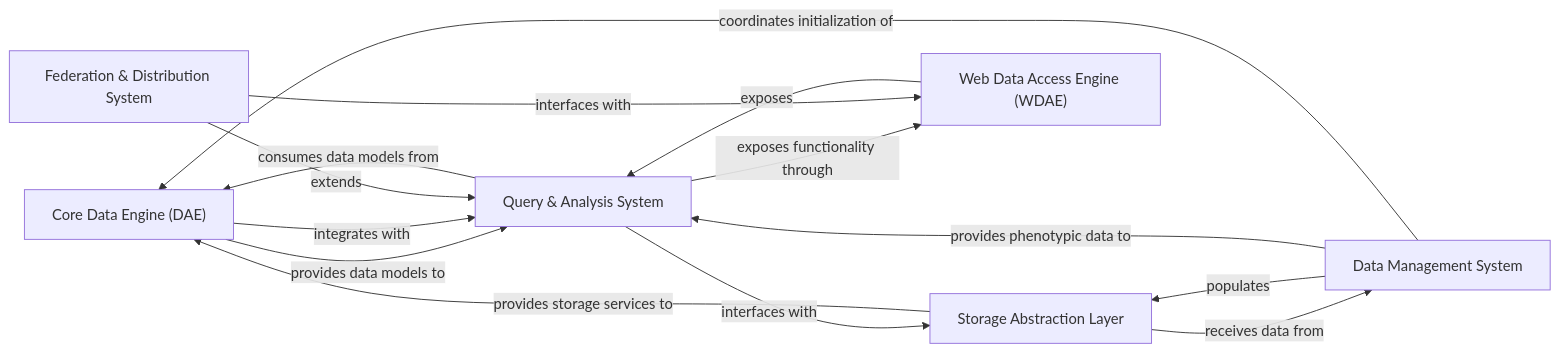
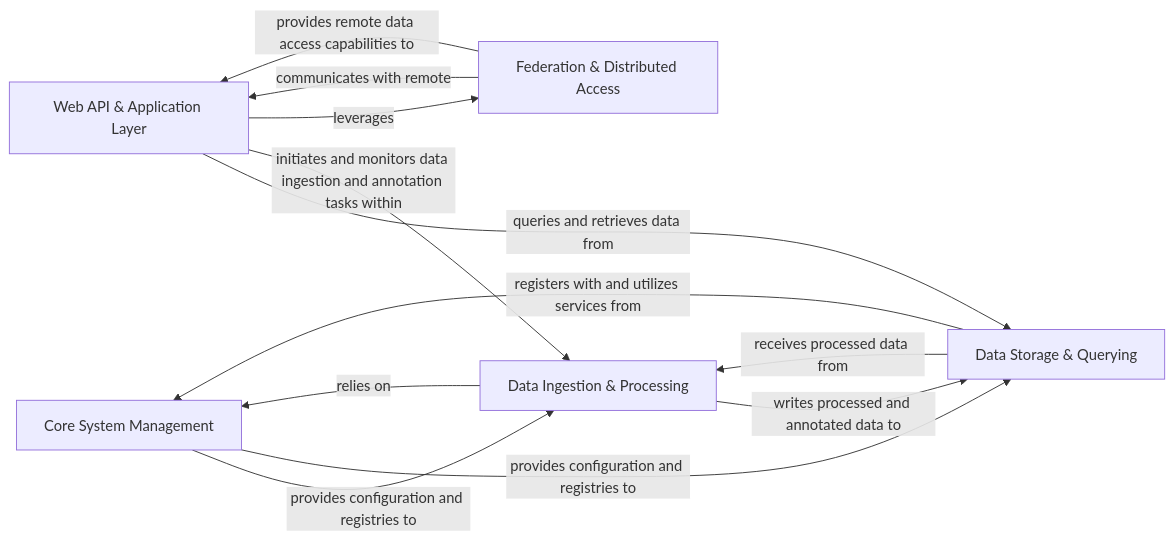
The diagram in gpf/on_boarding.md (CodeBoarding/GeneratedOnBoardings), drawn with Mermaid before and after one commit. The commit also changed other lines of this file and 4 other files, not shown here.

````diff
--- a/gpf/on_boarding.md
+++ b/gpf/on_boarding.md
@@ -1,26 +1,19 @@
 ```mermaid
 graph LR
-    Core_Data_Engine_DAE_["Core Data Engine (DAE)"]
-    Storage_Abstraction_Layer["Storage Abstraction Layer"]
-    Query_Analysis_System["Query & Analysis System"]
-    Web_Data_Access_Engine_WDAE_["Web Data Access Engine (WDAE)"]
-    Federation_Distribution_System["Federation & Distribution System"]
-    Data_Management_System["Data Management System"]
-    Core_Data_Engine_DAE_ -- "provides data models to" --> Query_Analysis_System
-    Core_Data_Engine_DAE_ -- "integrates with" --> Query_Analysis_System
-    Storage_Abstraction_Layer -- "provides storage services to" --> Core_Data_Engine_DAE_
-    Storage_Abstraction_Layer -- "receives data from" --> Data_Management_System
-    Query_Analysis_System -- "consumes data models from" --> Core_Data_Engine_DAE_
-    Query_Analysis_System -- "interfaces with" --> Storage_Abstraction_Layer
-    Query_Analysis_System -- "exposes functionality through" --> Web_Data_Access_Engine_WDAE_
-    Web_Data_Access_Engine_WDAE_ -- "exposes" --> Query_Analysis_System
-    Federation_Distribution_System -- "extends" --> Query_Analysis_System
-    Federation_Distribution_System -- "interfaces with" --> Web_Data_Access_Engine_WDAE_
-    Data_Management_System -- "populates" --> Storage_Abstraction_Layer
-    Data_Management_System -- "provides phenotypic data to" --> Query_Analysis_System
-    Data_Management_System -- "coordinates initialization of" --> Core_Data_Engine_DAE_
-    click Storage_Abstraction_Layer href "https://github.com/CodeBoarding/GeneratedOnBoardings/blob/main/gpf/Storage_Abstraction_Layer.md" "Details"
-    click Query_Analysis_System href "https://github.com/CodeBoarding/GeneratedOnBoardings/blob/main/gpf/Query_Analysis_System.md" "Details"
-    click Web_Data_Access_Engine_WDAE_ href "https://github.com/CodeBoarding/GeneratedOnBoardings/blob/main/gpf/Web_Data_Access_Engine_WDAE_.md" "Details"
-    click Federation_Distribution_System href "https://github.com/CodeBoarding/GeneratedOnBoardings/blob/main/gpf/Federation_Distribution_System.md" "Details"
+    Core_System_Management["Core System Management"]
+    Data_Ingestion_Processing["Data Ingestion & Processing"]
+    Data_Storage_Querying["Data Storage & Querying"]
+    Web_API_Application_Layer["Web API & Application Layer"]
+    Federation_Distributed_Access["Federation & Distributed Access"]
+    Core_System_Management -- "provides configuration and registries to" --> Data_Ingestion_Processing
+    Core_System_Management -- "provides configuration and registries to" --> Data_Storage_Querying
+    Data_Ingestion_Processing -- "relies on" --> Core_System_Management
+    Data_Ingestion_Processing -- "writes processed and annotated data to" --> Data_Storage_Querying
+    Data_Storage_Querying -- "registers with and utilizes services from" --> Core_System_Management
+    Data_Storage_Querying -- "receives processed data from" --> Data_Ingestion_Processing
+    Web_API_Application_Layer -- "queries and retrieves data from" --> Data_Storage_Querying
+    Web_API_Application_Layer -- "initiates and monitors data ingestion and annotation tasks within" --> Data_Ingestion_Processing
+    Web_API_Application_Layer -- "leverages" --> Federation_Distributed_Access
+    Federation_Distributed_Access -- "communicates with remote" --> Web_API_Application_Layer
+    Federation_Distributed_Access -- "provides remote data access capabilities to" --> Web_API_Application_Layer
 ```
````
